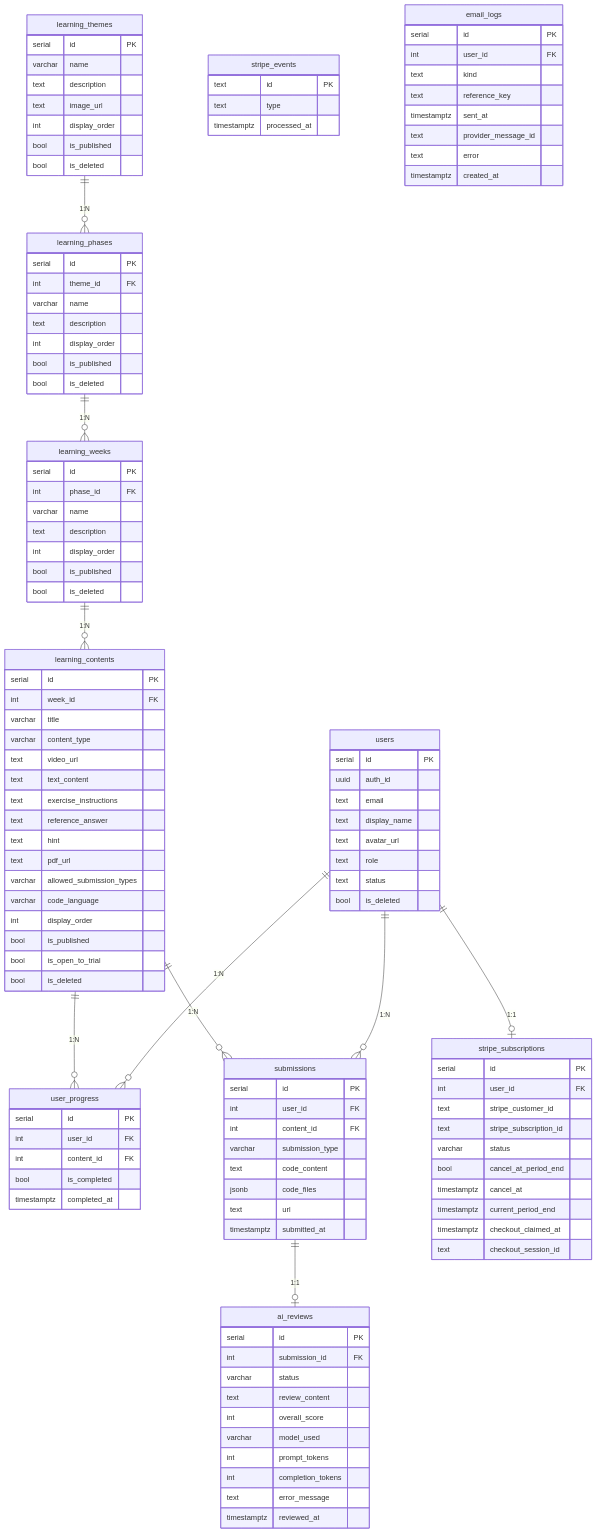
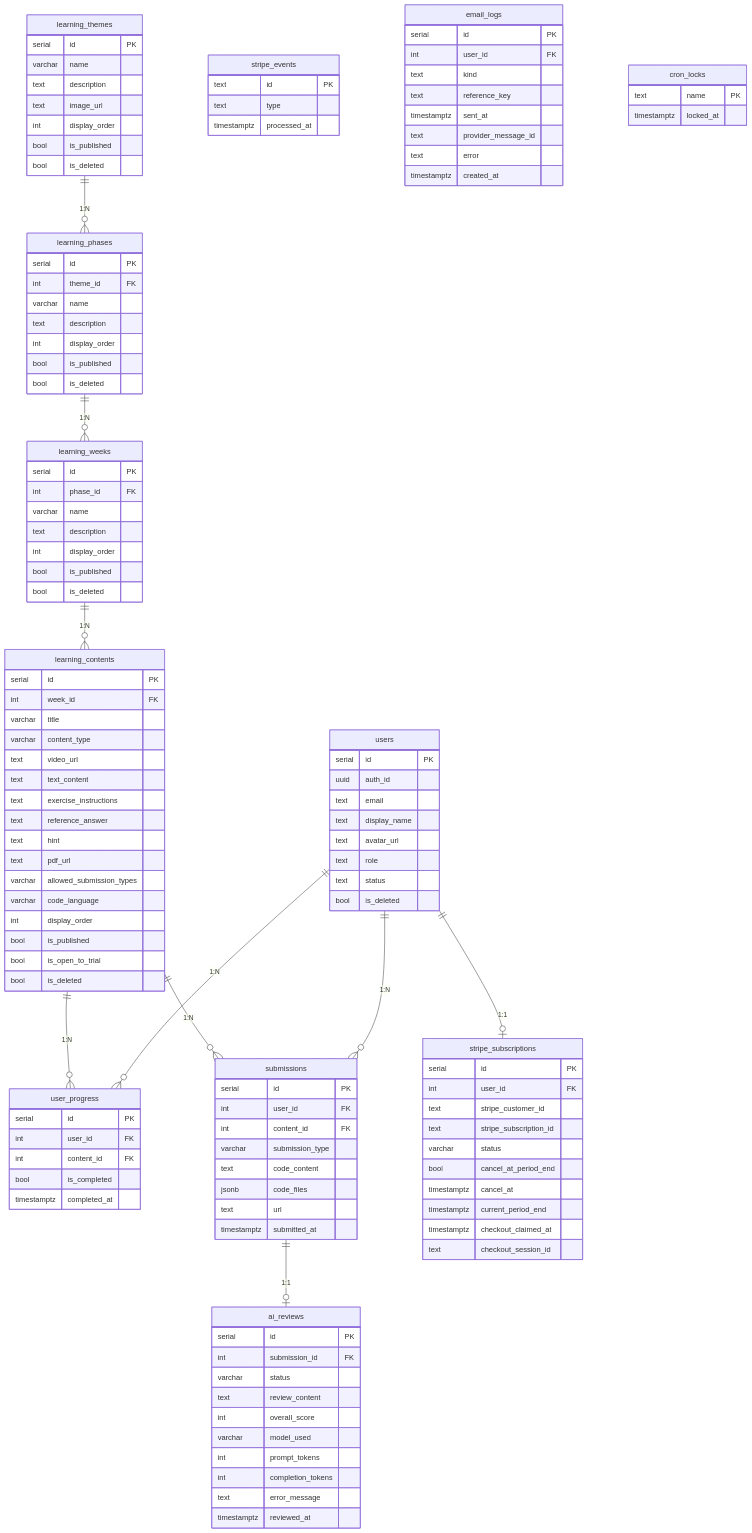
Before and after one commit to Singuralitylabs/sinlab-study: the diagram in docs/database.md, drawn with Mermaid. The commit also changed other lines of this file and 28 other files, not shown here.

````diff
--- a/docs/database.md
+++ b/docs/database.md
@@ -148,4 +148,8 @@
         text error
         timestamptz created_at
     }
+    cron_locks {
+        text name PK
+        timestamptz locked_at
+    }
 ```
````
